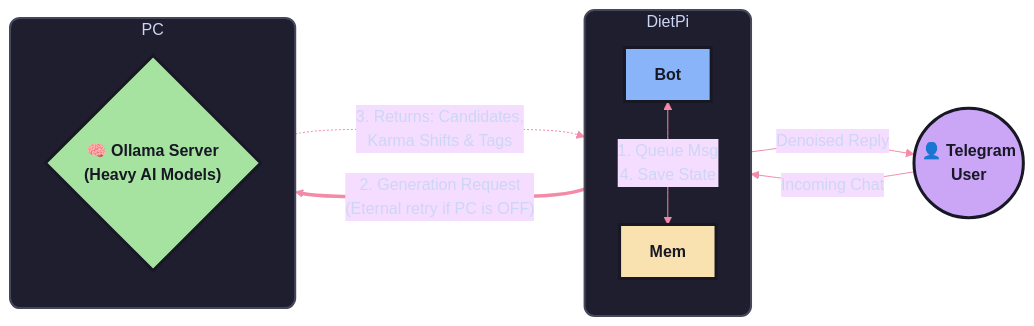
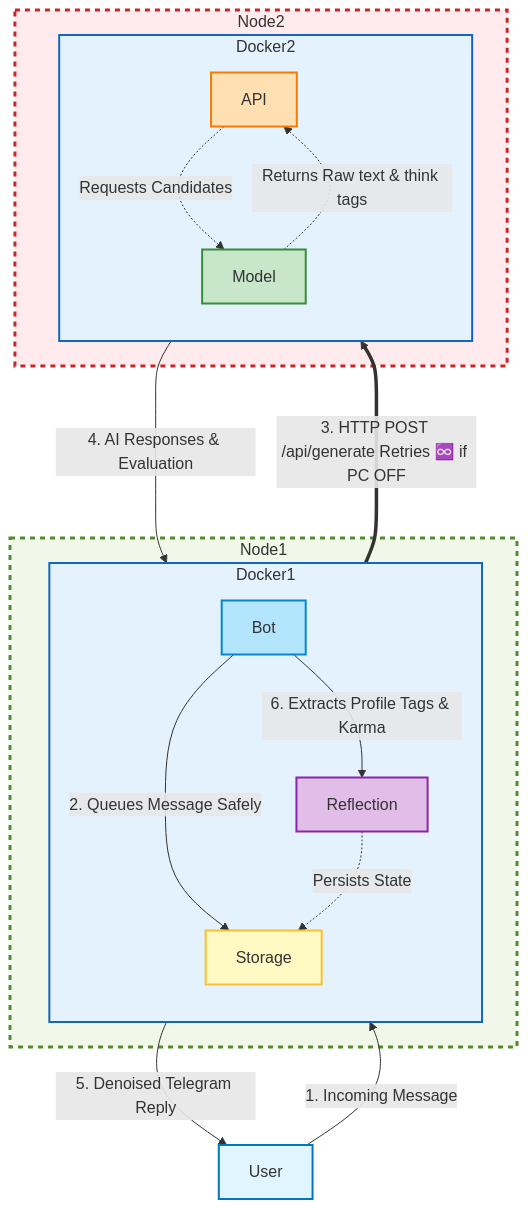
The diagram in README.md (vadimfedulov101/tg-llm-multibot), drawn with Mermaid before and after one commit. The commit also changed other lines of this file, not shown here.

Commit message:
0.9.9 fix3

````diff
--- a/README.md
+++ b/README.md
@@ -16,36 +16,49 @@
 ```mermaid
-%%{init: {"theme": "base", "themeVariables": { "background": "#1e1e2e", "primaryTextColor": "#cdd6f4", "lineColor": "#f38ba8"}}}%%
-flowchart LR
-    %% Distinct Styling for Components
-    classDef user fill:#cba6f7,stroke:#181825,stroke-width:3px,color:#181825,font-weight:bold
-    classDef bot fill:#89b4fa,stroke:#181825,stroke-width:3px,color:#181825,font-weight:bold
-    classDef db fill:#f9e2af,stroke:#181825,stroke-width:3px,color:#181825,font-weight:bold
-    classDef llm fill:#a6e3a1,stroke:#181825,stroke-width:3px,color:#181825,font-weight:bold
-    classDef clusterBox fill:#1e1e2e,stroke:#45475a,stroke-width:2px,color:#cdd6f4,rx:10,ry:10
-
-    User((👤 Telegram\nUser)):::user
-
-    subgraph DietPi
-        direction TB
-        Bot:::bot
-        Mem:::db
-        
-        Bot <--> |"1. Queue Msg\n4. Save State"| Mem
+graph TD
+    User -->|1. Incoming Message| Bot
+    
+    subgraph Node1
+        subgraph Docker1
+            direction TB
+            Bot
+            Storage
+            Reflection
+            
+            Bot -->|2. Queues Message Safely| Storage
+            Bot -->|6. Extracts Profile Tags & Karma| Reflection
+            Reflection -.->|Persists State| Storage
+        end
+    end
+    
+    subgraph Node2
+        subgraph Docker2
+            direction TB
+            API
+            Model
+            
+            API -.->|Requests Candidates| Model
+            Model -.->|Returns Raw text & think tags| API
+        end
     end
 
-    subgraph PC
-        direction TB
-        Ollama{"🧠 Ollama Server\n(Heavy AI Models)"}:::llm
-    end
+    Bot ===>|3. HTTP POST /api/generate Retries ♾️ if PC OFF| API
+    API -->|4. AI Responses & Evaluation| Bot
+    Bot -->|5. Denoised Telegram Reply| User
 
-    %% External Connections
-    User --> |"Incoming Chat"| Bot
-    Bot --> |"Denoised Reply"| User
+    %% Group Styling
+    style Node1 fill:#F1F8E9,stroke:#558B2F,stroke-width:3px,stroke-dasharray: 5 5
+    style Node2 fill:#FFEBEE,stroke:#C62828,stroke-width:3px,stroke-dasharray: 5 5
+    style Docker1 fill:#E3F2FD,stroke:#1565C0,stroke-width:2px
+    style Docker2 fill:#E3F2FD,stroke:#1565C0,stroke-width:2px
     
-    %% Internal Framework Connections
-    Bot ===> |"2. Generation Request\n(Eternal retry if PC is OFF)"| Ollama
-    Ollama -.-> |"3. Returns: Candidates,\nKarma Shifts & Tags"| Bot
+    %% Node Styling
+    style User fill:#E1F5FE,stroke:#0277BD,stroke-width:2px
+    style Bot fill:#B3E5FC,stroke:#0288D1,stroke-width:2px
+    style Storage fill:#FFF9C4,stroke:#FBC02D,stroke-width:2px
+    style Reflection fill:#E1BEE7,stroke:#8E24AA,stroke-width:2px
+    style API fill:#FFE0B2,stroke:#F57C00,stroke-width:2px
+    style Model fill:#C8E6C9,stroke:#388E3C,stroke-width:2px
 
-    %% Apply Subgraph Styling
-    class DietPi,PC clusterBox
+    classDef rounded fill:#fff,stroke:#666,stroke-width:2px,rounded
+    class User,Bot,Storage,Reflection,API,Model rounded
 ```
````
